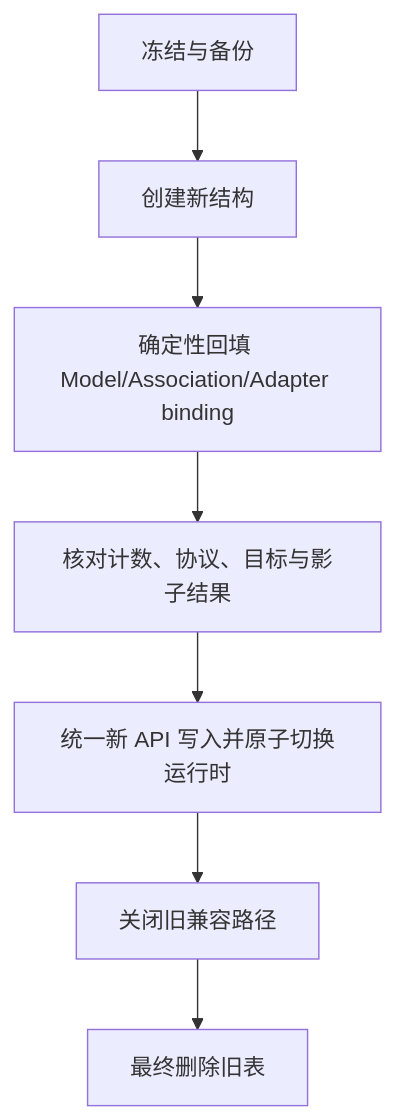
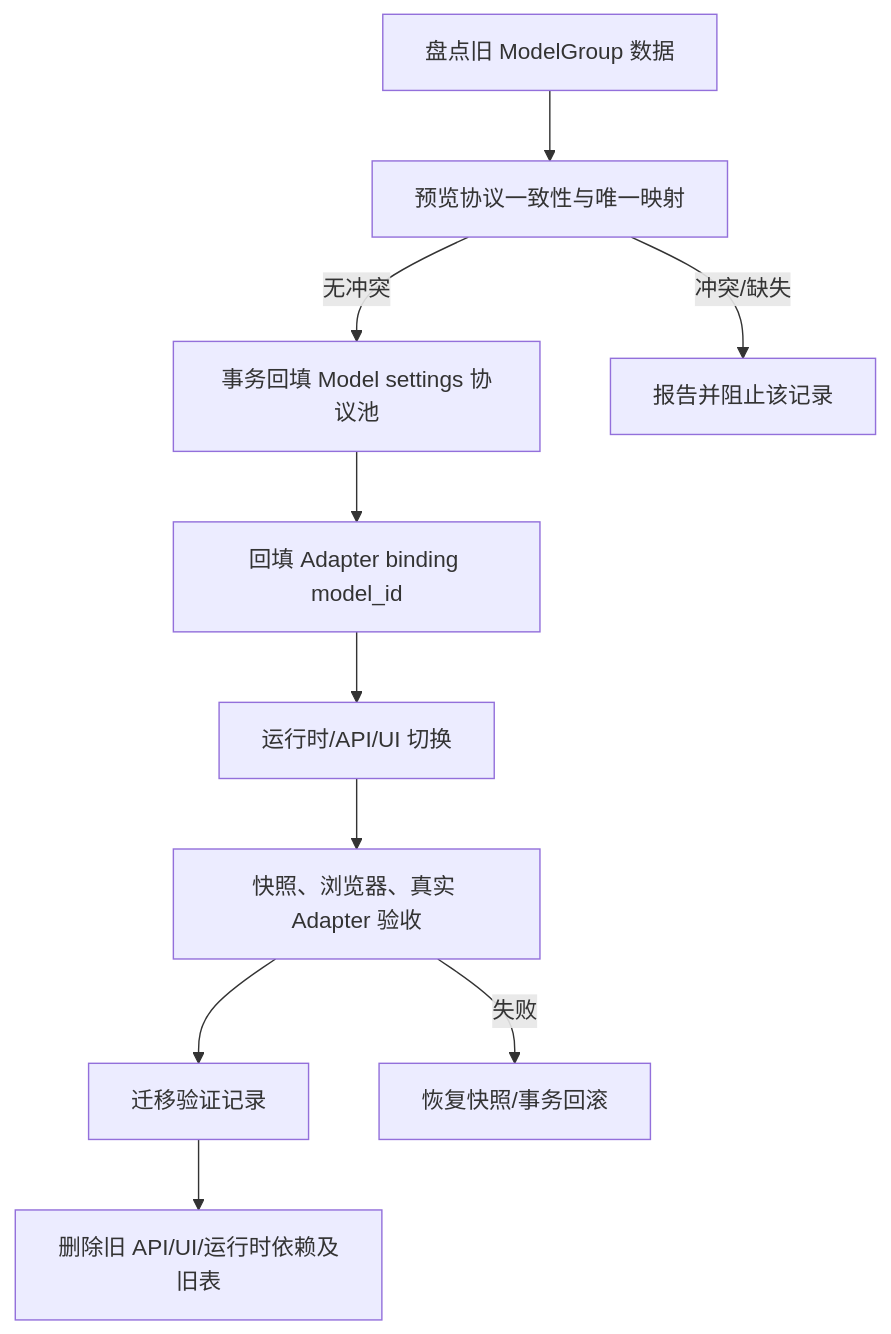
One commit to mutallipp/llm-proxy changed the second of 2 diagrams in docs/plans/2026-07-29-001-feat-single-instance-adapter-gateway-plan.md. Above: the diagram before and after it, drawn with Mermaid. The commit also changed other lines of this file, not shown here.

Commit message:
docs: 更新 Model-centric 网关迁移计划

````diff
--- a/docs/plans/2026-07-29-001-feat-single-instance-adapter-gateway-plan.md
+++ b/docs/plans/2026-07-29-001-feat-single-instance-adapter-gateway-plan.md
@@ -71,9 +70,12 @@
 ```mermaid
 flowchart TD
-  S0[冻结与备份] --> S1[创建新结构]
-  S1 --> S2[确定性回填 Model/Association/Adapter binding]
-  S2 --> S3[核对计数、协议、目标与影子结果]
-  S3 --> S4[统一新 API 写入并原子切换运行时]
-  S4 --> S5[关闭旧兼容路径]
-  S5 --> S6[最终删除旧表]
+  I[盘点旧 ModelGroup 数据] --> V[预览协议一致性与唯一映射]
+  V -->|无冲突| T[事务回填 Model settings 协议池]
+  V -->|冲突/缺失| R[报告并阻止该记录]
+  T --> B[回填 Adapter binding model_id]
+  B --> E[运行时/API/UI 切换]
+  E --> Q[快照、浏览器、真实 Adapter 验收]
+  Q --> D[迁移验证记录]
+  D --> X[删除旧 API/UI/运行时依赖及旧表]
+  Q -->|失败| RB[恢复快照/事务回滚]
 ```
````
